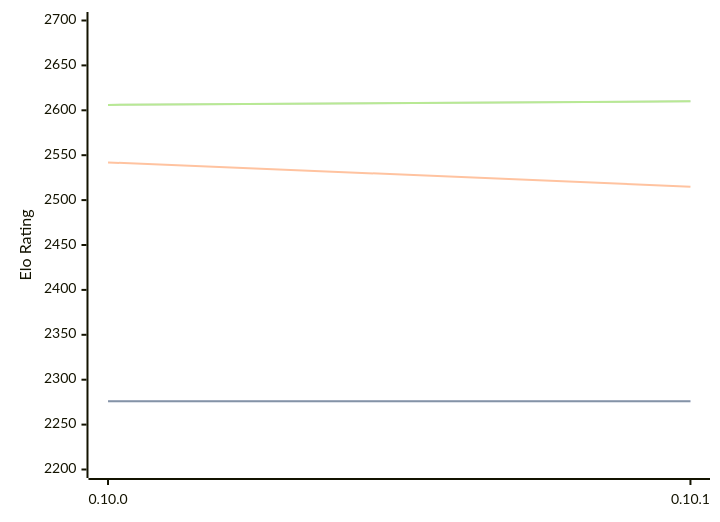
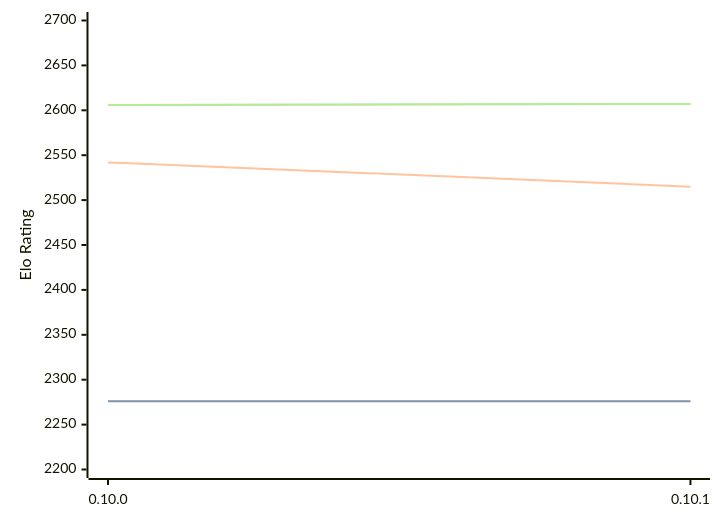
The diagram in engines/Fatalii.md (computer-chess-index/cci), drawn with Mermaid before and after one commit. The commit also changed other lines of this file, not shown here.

Commit message:
Update CCI Ratings (ELO VLTC) - 2026-09-10

````diff
--- a/engines/Fatalii.md
+++ b/engines/Fatalii.md
@@ -32,11 +32,11 @@
 ```mermaid
 %%{init: {"theme":"base","themeVariables":{"seriesColors:['#a3a3a3','#222221','#faa371']}}}%%
 xychart-beta
   x-axis ["0.10.0", "0.10.1"]
   y-axis "Elo Rating" 2200 --> 2700
   line "" [2276, 2276]
   line "STC (8.0+0.08s)" [2276, 2276]
   line "LTC (60.0+0.60s)" [2542, 2515]
-  line "" [2606, 2610]
-  line "VLTC (2m24s+1.12s)" [2606, 2610]
+  line "" [2606, 2607]
+  line "VLTC (2m24s+1.12s)" [2606, 2607]
 ```
````
